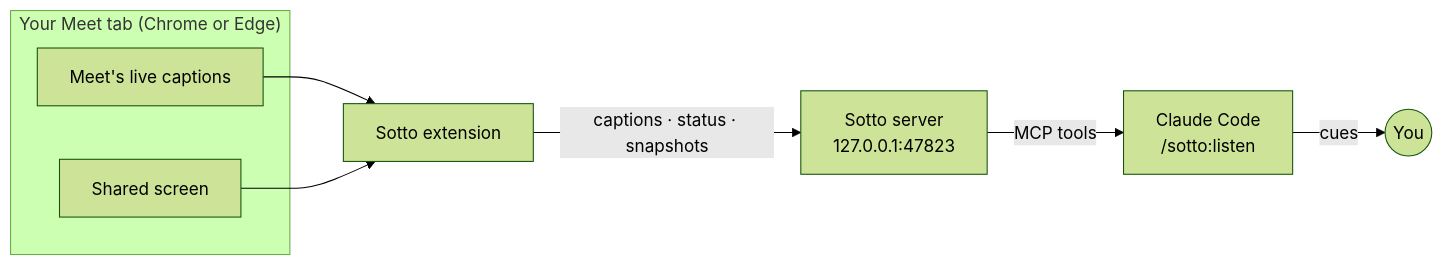
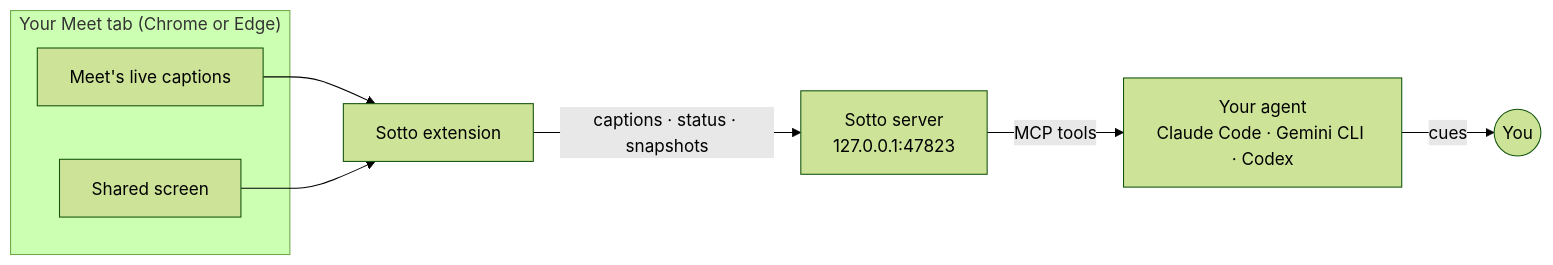
The diagram in README.md (amn-max/Sotto), drawn with Mermaid (forest theme) before and after one commit. The commit also changed other lines of this file and 8 other files, not shown here.

First line of the commit message:
Support Codex and Gemini CLI alongside Claude Code

````diff
--- a/README.md
+++ b/README.md
@@ -50,16 +62,16 @@
 ```mermaid
 flowchart LR
   subgraph tab["Your Meet tab (Chrome or Edge)"]
     captions["Meet's live captions"]
     screen["Shared screen"]
   end
   extension["Sotto extension"]
   server["Sotto server<br/>127.0.0.1:47823"]
-  claude["Claude Code<br/>/sotto:listen"]
+  agent["Your agent<br/>Claude Code · Gemini CLI · Codex"]
   you(("You"))
   captions --> extension
   screen --> extension
   extension -- "captions · status · snapshots" --> server
-  server -- "MCP tools" --> claude
-  claude -- "cues" --> you
+  server -- "MCP tools" --> agent
+  agent -- "cues" --> you
 ```
````
